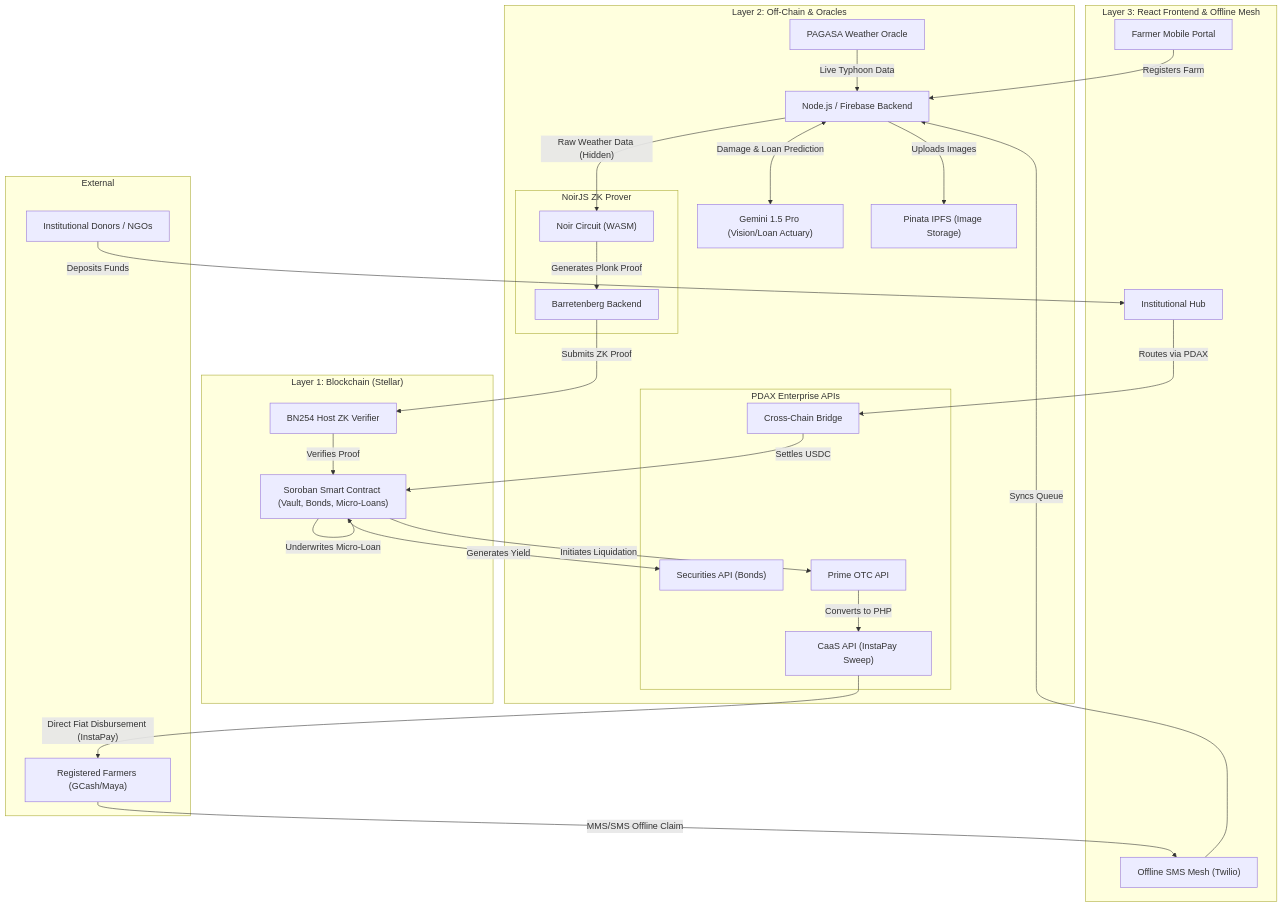
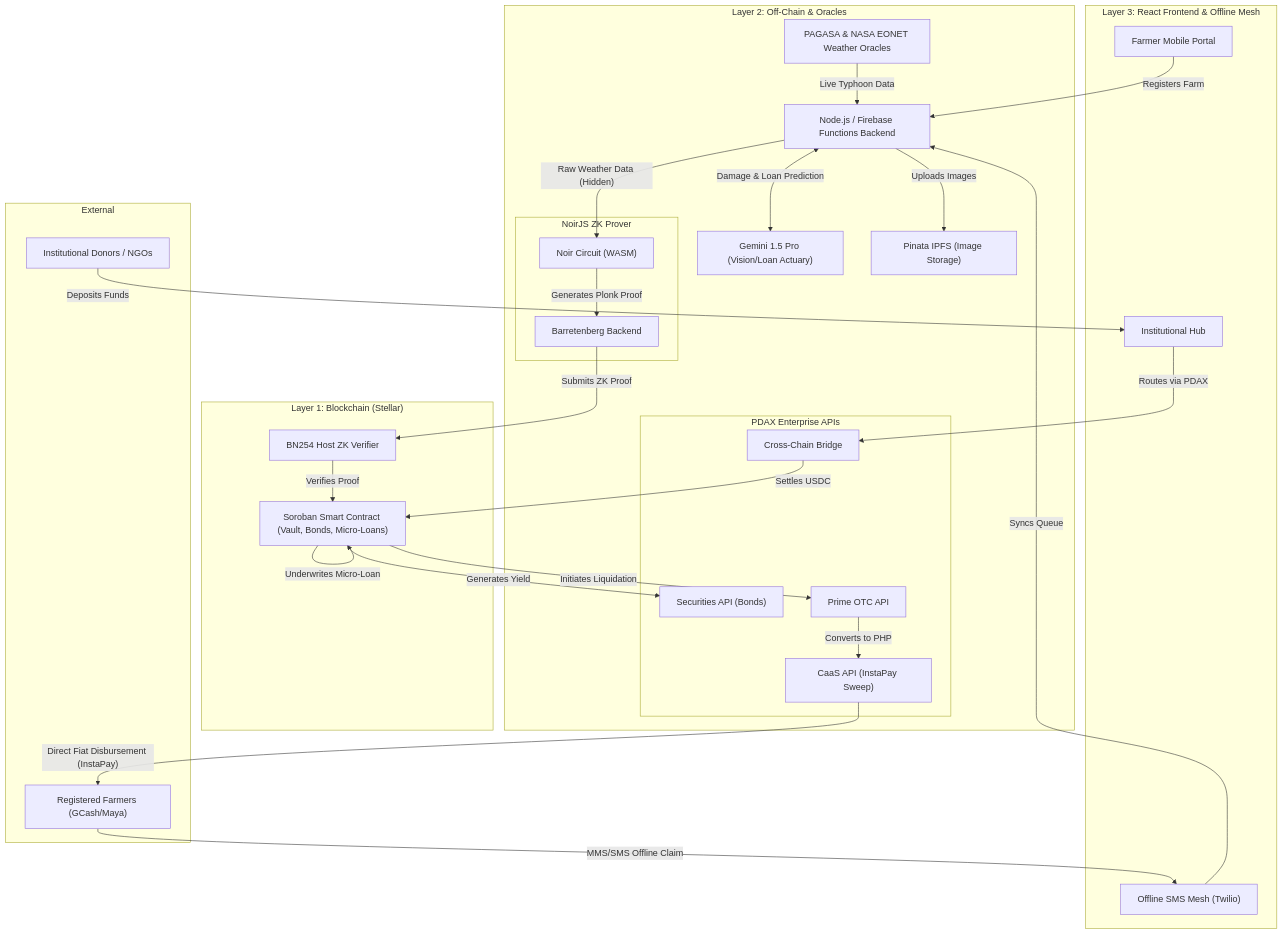
One commit to PrinceDale99/TyFi changed the diagram in README.md. Above: the diagram before and after it, drawn with Mermaid. The commit also changed other lines of this file, not shown here.

Commit message:
docs: update architecture and installation instructions

````diff
--- a/README.md
+++ b/README.md
@@ -86,60 +86,60 @@
 ```mermaid
 graph TD
     subgraph L3 ["Layer 3: React Frontend & Offline Mesh"]
         FMP["Farmer Mobile Portal"]
         IH["Institutional Hub"]
         SMS["Offline SMS Mesh (Twilio)"]
     end
 
     subgraph L2 ["Layer 2: Off-Chain & Oracles"]
-        BE["Node.js / Firebase Backend"]
+        BE["Node.js / Firebase Functions Backend"]
         AI["Gemini 1.5 Pro (Vision/Loan Actuary)"]
         IPFS["Pinata IPFS (Image Storage)"]
-        Oracle["PAGASA Weather Oracle"]
+        Oracle["PAGASA & NASA EONET Weather Oracles"]
         
         subgraph ZK ["NoirJS ZK Prover"]
             NC["Noir Circuit (WASM)"]
             BB["Barretenberg Backend"]
         end
         
         subgraph PDAX ["PDAX Enterprise APIs"]
             P_Bridge["Cross-Chain Bridge"]
             P_Sec["Securities API (Bonds)"]
             P_OTC["Prime OTC API"]
             P_CaaS["CaaS API (InstaPay Sweep)"]
         end
     end
 
     subgraph L1 ["Layer 1: Blockchain (Stellar)"]
         SC["Soroban Smart Contract (Vault, Bonds, Micro-Loans)"]
         ZKV["BN254 Host ZK Verifier"]
     end
     
     subgraph Users ["External"]
         NGO["Institutional Donors / NGOs"]
         Farmer["Registered Farmers (GCash/Maya)"]
     end
 
     NGO -->|"Deposits Funds"| IH
     IH -->|"Routes via PDAX"| P_Bridge
     P_Bridge -->|"Settles USDC"| SC
     
     FMP -->|"Registers Farm"| BE
     Farmer -->|"MMS/SMS Offline Claim"| SMS
     SMS -->|"Syncs Queue"| BE
     Oracle -->|"Live Typhoon Data"| BE
     
     BE -->|"Uploads Images"| IPFS
     BE <-->|"Damage & Loan Prediction"| AI
     
     BE -->|"Raw Weather Data (Hidden)"| NC
     NC -->|"Generates Plonk Proof"| BB
     BB -->|"Submits ZK Proof"| ZKV
     ZKV -->|"Verifies Proof"| SC
     
     SC -->|"Generates Yield"| P_Sec
     SC -->|"Underwrites Micro-Loan"| SC
     SC -->|"Initiates Liquidation"| P_OTC
     P_OTC -->|"Converts to PHP"| P_CaaS
     P_CaaS -->|"Direct Fiat Disbursement (InstaPay)"| Farmer
 ```
````
